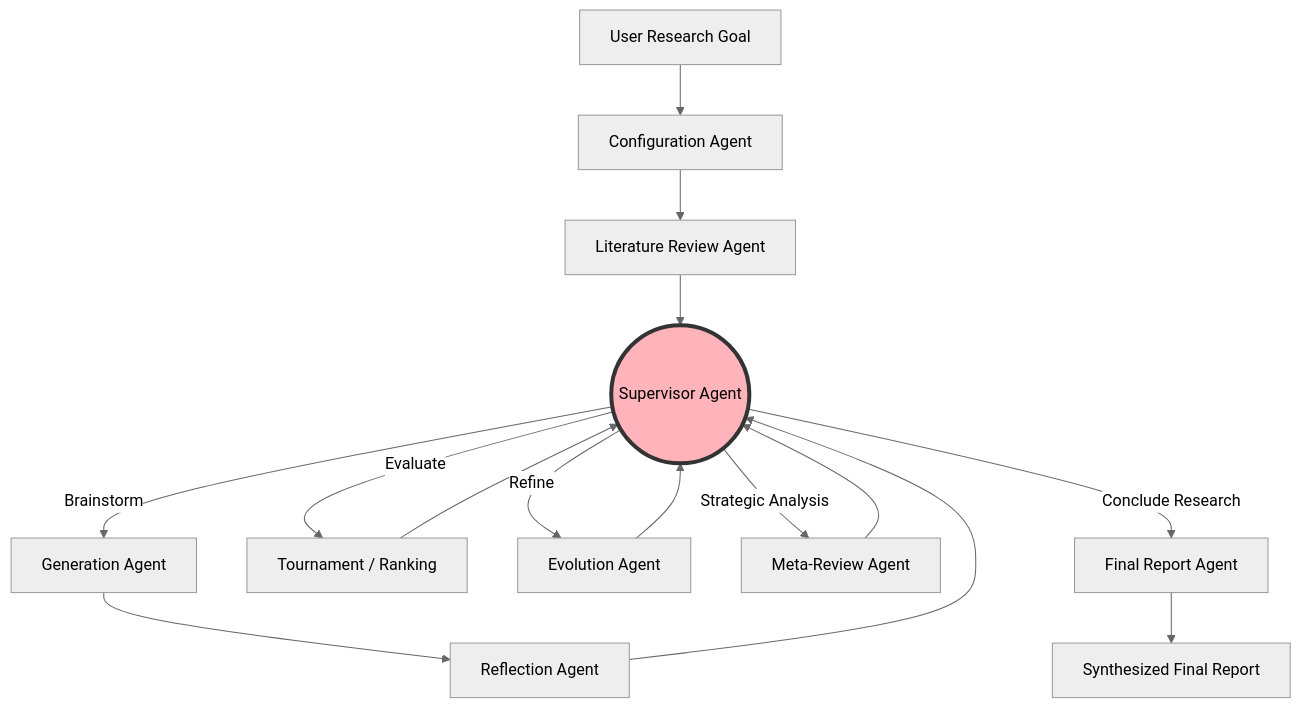
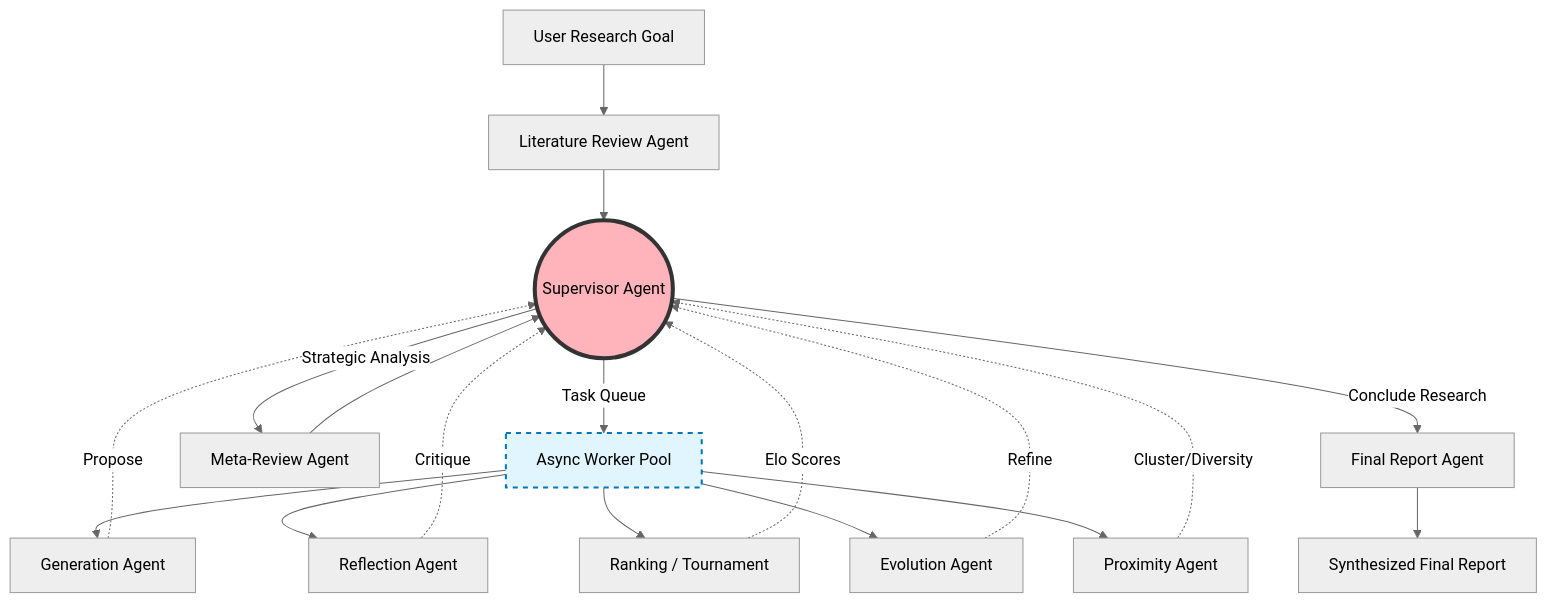
One commit to Akgithub2028/Autonomous-AI-Co-Scientist changed the diagram in README.md. Above: the diagram before and after it, drawn with Mermaid (neutral theme). The commit also changed other lines of this file and 88 other files, not shown here.

````diff
--- a/README.md
+++ b/README.md
@@ -30,24 +31,28 @@
 ```mermaid
 graph TD
-    A[User Research Goal] --> B[Configuration Agent]
-    B --> C[Literature Review Agent]
+    A[User Research Goal] --> C[Literature Review Agent]
     C --> D((Supervisor Agent))
     
-    D -->|Brainstorm| E[Generation Agent]
-    E --> F[Reflection Agent]
-    F --> D
+    D -->|Task Queue| WorkerPool[Async Worker Pool]
     
-    D -->|Evaluate| G[Tournament / Ranking]
-    G --> D
+    WorkerPool --> E[Generation Agent]
+    WorkerPool --> F[Reflection Agent]
+    WorkerPool --> G[Ranking / Tournament]
+    WorkerPool --> H[Evolution Agent]
+    WorkerPool --> P[Proximity Agent]
     
-    D -->|Refine| H[Evolution Agent]
-    H --> D
+    E -.->|Propose| D
+    F -.->|Critique| D
+    G -.->|Elo Scores| D
+    H -.->|Refine| D
+    P -.->|Cluster/Diversity| D
     
     D -->|Strategic Analysis| I[Meta-Review Agent]
     I --> D
     
     D -->|Conclude Research| J[Final Report Agent]
     J --> K[Synthesized Final Report]
     
     style D fill:#ffb3ba,stroke:#333,stroke-width:4px
+    style WorkerPool fill:#e1f5fe,stroke:#0277bd,stroke-width:2px,stroke-dasharray: 5 5
 ```
````
